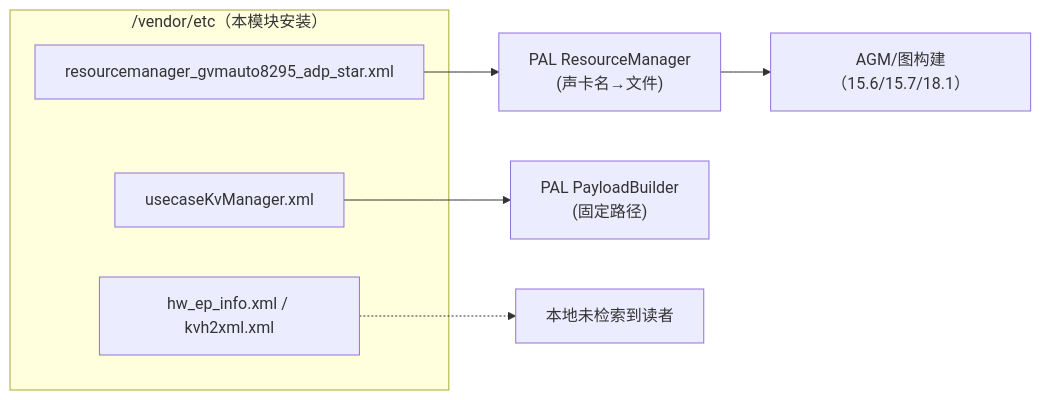
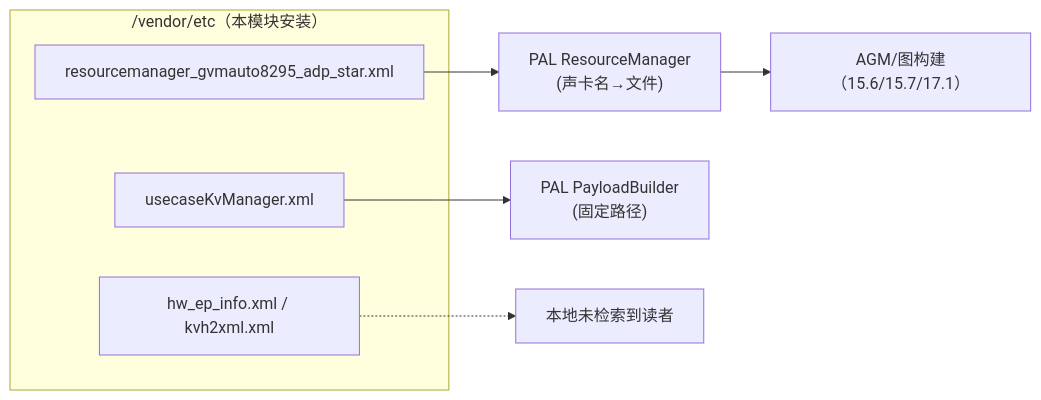
One commit to yanglinzhen1022/SA8295_AAOS_QNX_Audio_KnowledgeBase changed the diagram in 16_Vendor_QNX_Architecture/16_16.9_auto-casa-xml配置.md. Above: the diagram before and after it, drawn with Mermaid. The commit also changed other lines of this file and 110 other files, not shown here.

````diff
--- a/16_Vendor_QNX_Architecture/16_16.9_auto-casa-xml配置.md
+++ b/16_Vendor_QNX_Architecture/16_16.9_auto-casa-xml配置.md
@@ -123,15 +123,15 @@
 ```mermaid
 flowchart LR
   subgraph VendorETC["/vendor/etc（本模块安装）"]
     RM["resourcemanager_gvmauto8295_adp_star.xml"]
     KV["usecaseKvManager.xml"]
     HE["hw_ep_info.xml / kvh2xml.xml"]
   end
   PAL["PAL ResourceManager<br/>(声卡名→文件)"]
   PB["PAL PayloadBuilder<br/>(固定路径)"]
   UNK["本地未检索到读者"]
   RM --> PAL
   KV --> PB
   HE -.-> UNK
-  PAL --> AGM["AGM/图构建（15.6/15.7/18.1）"]
+  PAL --> AGM["AGM/图构建（15.6/15.7/17.1）"]
 ```
````
